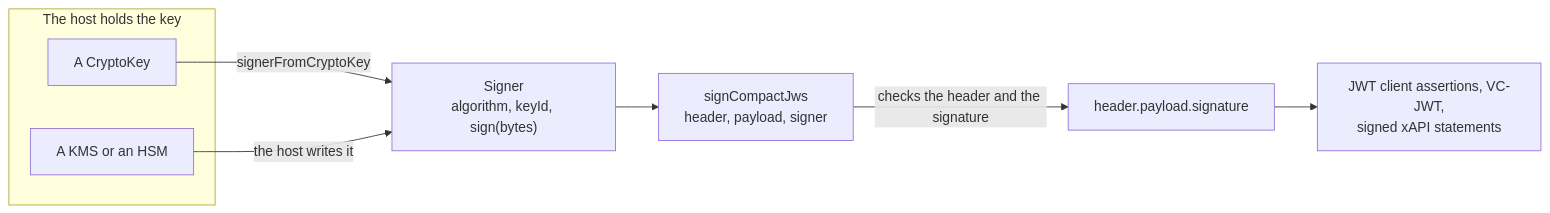
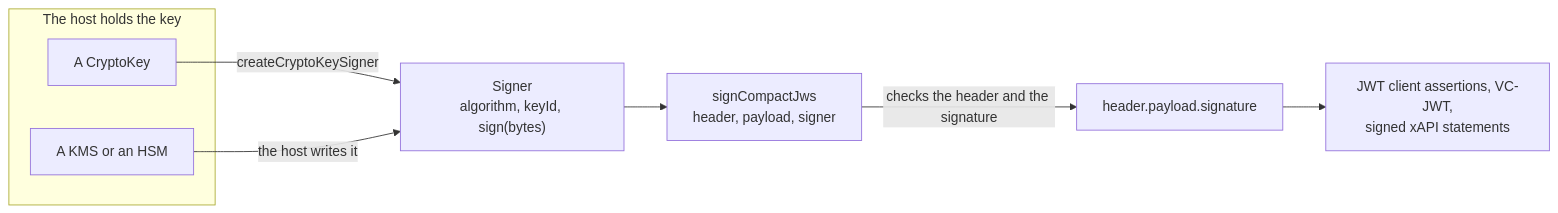
One commit to interopkit/interopkit changed the diagram in docs/core/signer.md. Above: the diagram before and after it, drawn with Mermaid. The commit also changed other lines of this file and 368 other files, not shown here.

````diff
--- a/docs/core/signer.md
+++ b/docs/core/signer.md
@@ -7,12 +7,12 @@
 ```mermaid
 flowchart LR
   subgraph host["The host holds the key"]
     key["A CryptoKey"]
     kms["A KMS or an HSM"]
   end
-  key -->|"signerFromCryptoKey"| signer["Signer<br/>algorithm, keyId, sign(bytes)"]
+  key -->|"createCryptoKeySigner"| signer["Signer<br/>algorithm, keyId, sign(bytes)"]
   kms -->|"the host writes it"| signer
   signer --> jws["signCompactJws<br/>header, payload, signer"]
   jws -->|"checks the header and the signature"| compact["header.payload.signature"]
   compact --> users["JWT client assertions, VC-JWT,<br/>signed xAPI statements"]
 ```
````
